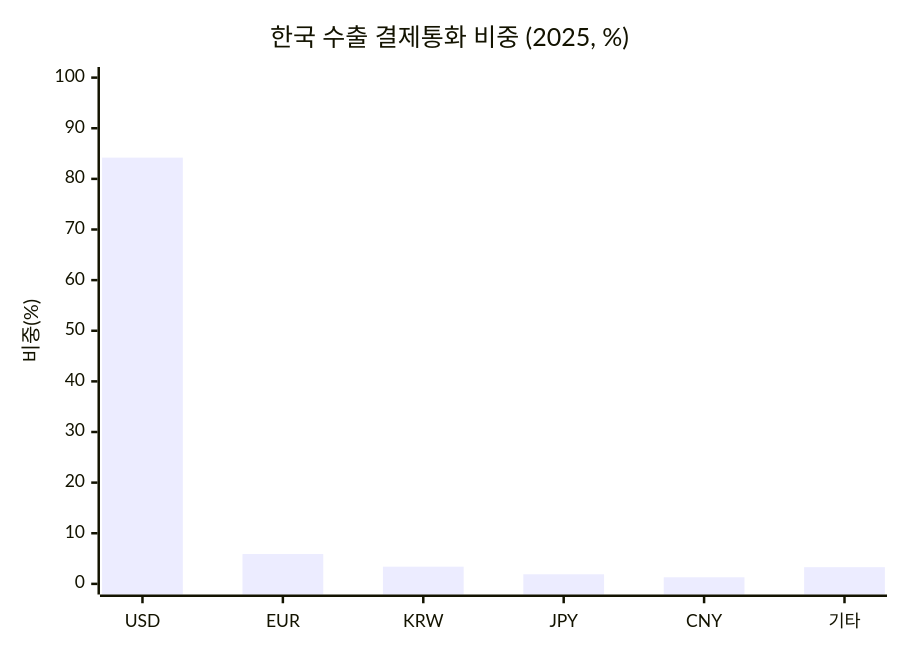
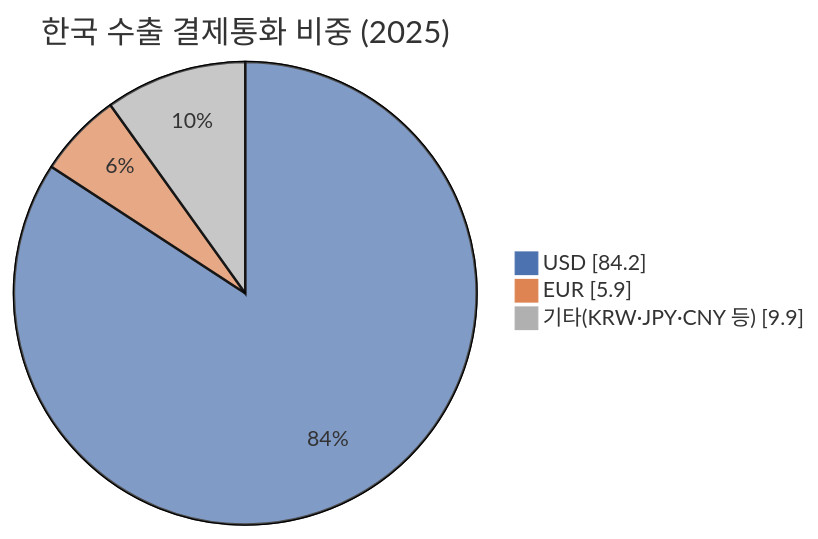
One commit to jennie-brain/business-analysis-frameworks changed the first of 8 diagrams in 04_TAM-SAM-SOM_마켓세그먼트/05_5단계_정량적검증.md. Above: the diagram before and after it, drawn with Mermaid. The commit also changed other lines of this file and 1 other file, not shown here.

````diff
--- a/04_TAM-SAM-SOM_마켓세그먼트/05_5단계_정량적검증.md
+++ b/04_TAM-SAM-SOM_마켓세그먼트/05_5단계_정량적검증.md
@@ -29,7 +29,8 @@
 ```mermaid
-xychart-beta
-    title "한국 수출 결제통화 비중 (2025, %)"
-    x-axis ["USD", "EUR", "KRW", "JPY", "CNY", "기타"]
-    y-axis "비중(%)" 0 --> 100
-    bar [84.2, 5.9, 3.4, 1.9, 1.3, 3.3]
+%%{init: {"theme": "base", "themeVariables": {"pieOuterStrokeWidth": "1px", "pie1": "#4C72B0", "pie2": "#DD8452", "pie3": "#B0B0B0"}}}%%
+pie showData
+    title 한국 수출 결제통화 비중 (2025)
+    "USD" : 84.2
+    "EUR" : 5.9
+    "기타(KRW·JPY·CNY 등)" : 9.9
 ```
````
